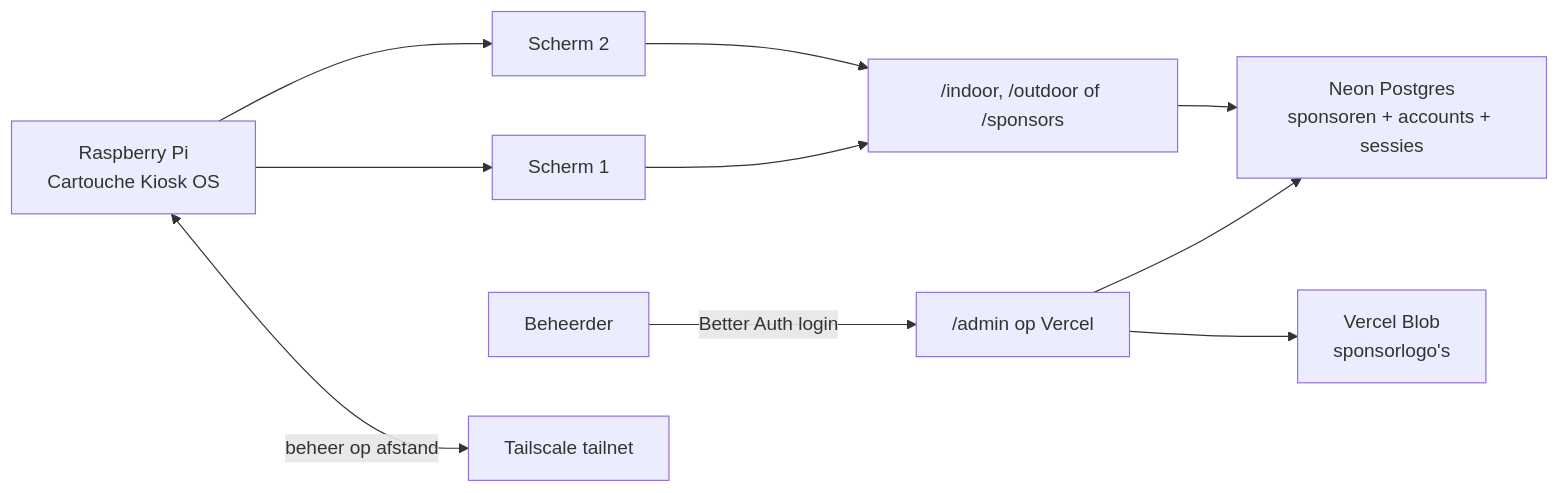
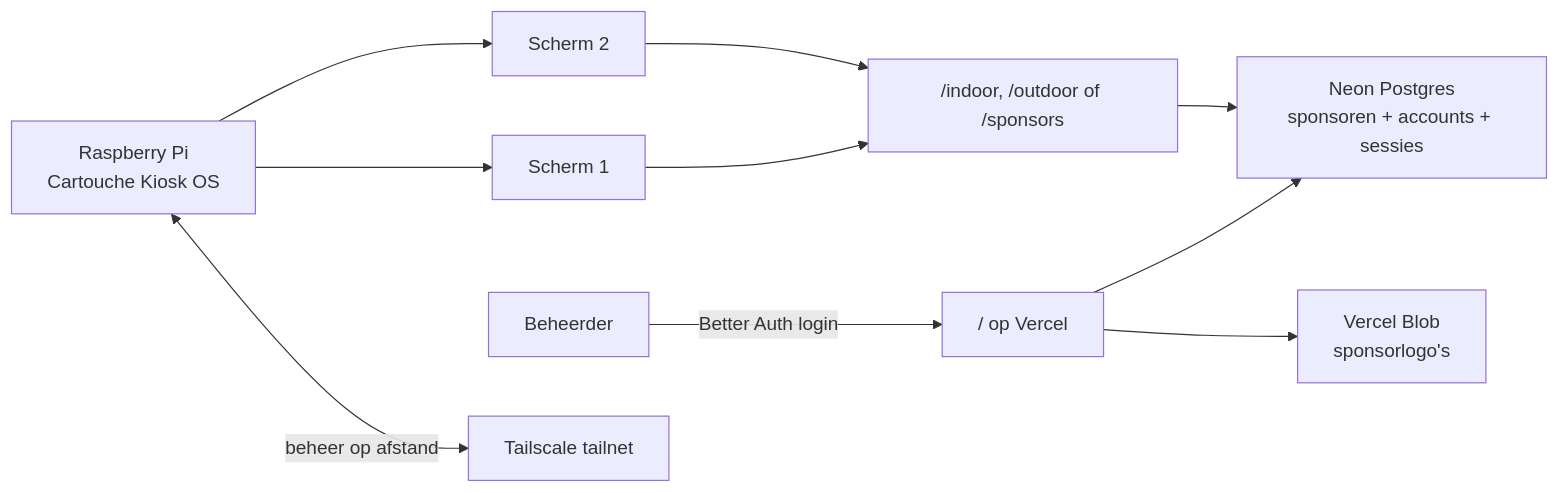
The diagram in README.md (quintenadema/CartoucheKiosk), drawn with Mermaid before and after one commit. The commit also changed other lines of this file and 5 other files, not shown here.

````diff
--- a/README.md
+++ b/README.md
@@ -16,12 +16,12 @@
 ```mermaid
 flowchart LR
-    A["Beheerder"] -->|"Better Auth login"| B["/admin op Vercel"]
+    A["Beheerder"] -->|"Better Auth login"| B["/ op Vercel"]
     B --> C["Neon Postgres<br/>sponsoren + accounts + sessies"]
     B --> D["Vercel Blob<br/>sponsorlogo's"]
     E["Raspberry Pi<br/>Cartouche Kiosk OS"] --> F["Scherm 1"]
     E --> G["Scherm 2"]
     F --> H["/indoor, /outdoor of /sponsors"]
     G --> H
     H --> C
     E <-->|"beheer op afstand"| I["Tailscale tailnet"]
 ```
````
